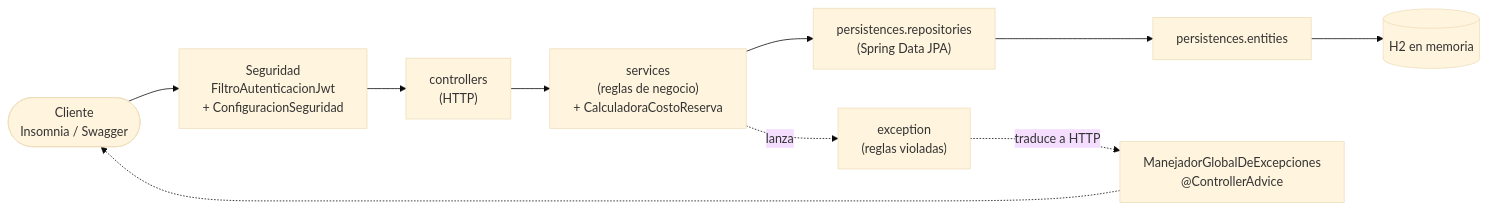
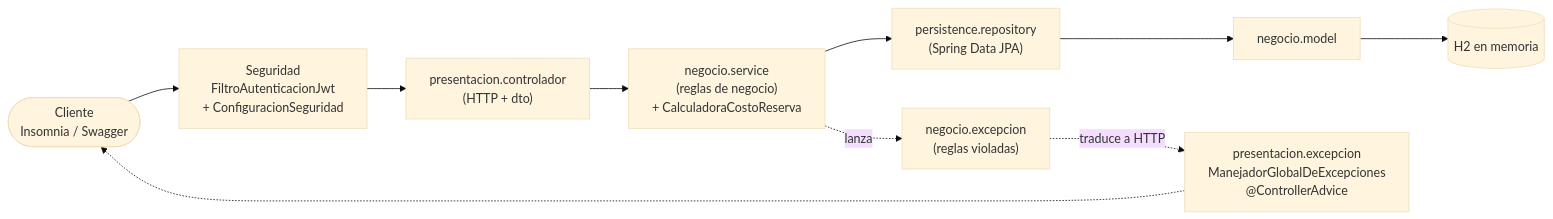
One commit to crodrigr/skill-spring-boot changed the diagram in generador-cursos/curso-spring-boot/proyectos/proyecto-01/solucion/README.md. Above: the diagram before and after it, drawn with Mermaid (base theme). The commit also changed other lines of this file and 122 other files, not shown here.

````diff
--- a/generador-cursos/curso-spring-boot/proyectos/proyecto-01/solucion/README.md
+++ b/generador-cursos/curso-spring-boot/proyectos/proyecto-01/solucion/README.md
@@ -204,12 +209,12 @@
 ```mermaid
 flowchart LR
     C(["Cliente<br/>Insomnia / Swagger"]) --> SEC["Seguridad<br/>FiltroAutenticacionJwt<br/>+ ConfiguracionSeguridad"]
-    SEC --> CTRL["controllers<br/>(HTTP)"]
-    CTRL --> SVC["services<br/>(reglas de negocio)<br/>+ CalculadoraCostoReserva"]
-    SVC --> REP["persistences.repositories<br/>(Spring Data JPA)"]
-    REP --> ENT["persistences.entities"]
+    SEC --> CTRL["presentacion.controlador<br/>(HTTP + dto)"]
+    CTRL --> SVC["negocio.service<br/>(reglas de negocio)<br/>+ CalculadoraCostoReserva"]
+    SVC --> REP["persistence.repository<br/>(Spring Data JPA)"]
+    REP --> ENT["negocio.model"]
     ENT --> DB[("H2 en memoria")]
-    SVC -. lanza .-> EXC["exception<br/>(reglas violadas)"]
-    EXC -. traduce a HTTP .-> ADV["ManejadorGlobalDeExcepciones<br/>@ControllerAdvice"]
+    SVC -. lanza .-> EXC["negocio.excepcion<br/>(reglas violadas)"]
+    EXC -. traduce a HTTP .-> ADV["presentacion.excepcion<br/>ManejadorGlobalDeExcepciones<br/>@ControllerAdvice"]
     ADV -.-> C
 ```
````
